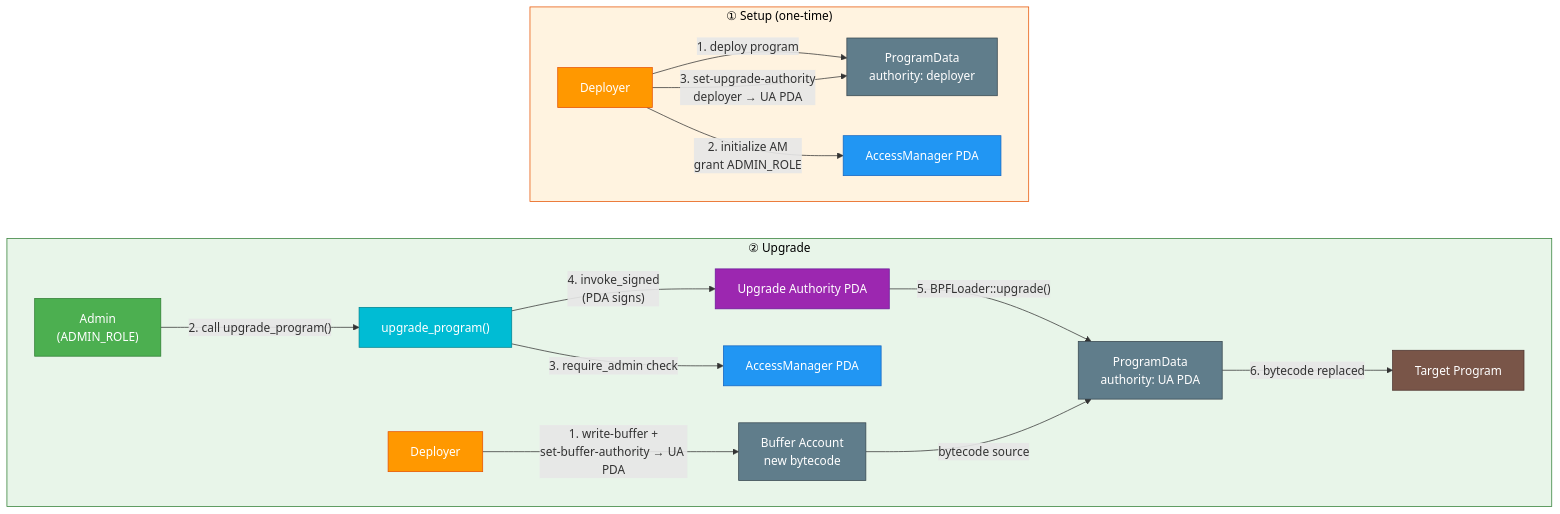
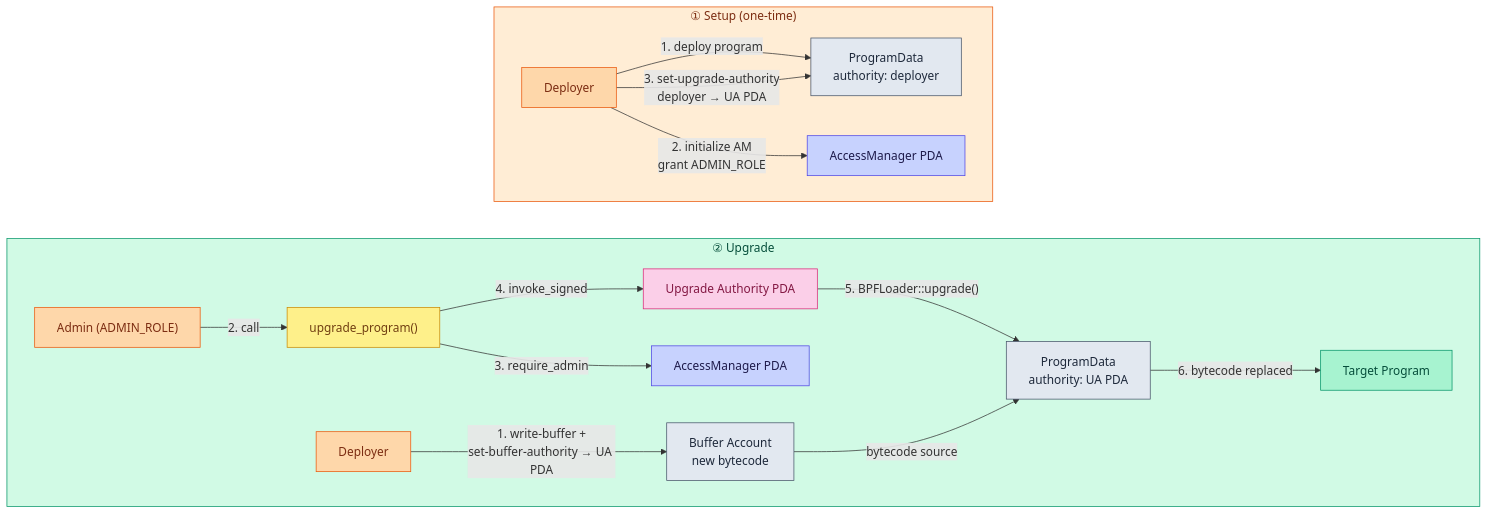
Before and after one commit to cosmos/solidity-ibc-eureka: the first of 4 diagrams in programs/solana/programs/access-manager/README.md, drawn with Mermaid. The commit also changed other lines of this file, not shown here.

First line of the commit message:
docs(solana/access-manager): restyle diagrams and note set_access_manager risk

````diff
--- a/programs/solana/programs/access-manager/README.md
+++ b/programs/solana/programs/access-manager/README.md
@@ -72,46 +72,50 @@
 ```mermaid
-graph TD
+graph TB
     subgraph setup["① Setup (one-time)"]
-        direction LR
-        Deployer["Deployer"]:::deployer
-        PD_S["ProgramData\nauthority: deployer"]:::bpf
-        AM_S["AccessManager PDA"]:::am
+        Deployer["Deployer"]
+        PD_S["ProgramData\nauthority: deployer"]
+        AM_S["AccessManager PDA"]
 
         Deployer -->|"1. deploy program"| PD_S
         Deployer -->|"2. initialize AM\ngrant ADMIN_ROLE"| AM_S
         Deployer -->|"3. set-upgrade-authority\ndeployer → UA PDA"| PD_S
     end
 
     subgraph upgrade["② Upgrade"]
-        direction LR
-        Deployer2["Deployer"]:::deployer
-        Admin["Admin\n(ADMIN_ROLE)"]:::admin
-        Buffer["Buffer Account\nnew bytecode"]:::bpf
-        UPIX["upgrade_program()"]:::ix
-        AM_U["AccessManager PDA"]:::am
-        UA_U["Upgrade Authority PDA"]:::pda
-        PD_U["ProgramData\nauthority: UA PDA"]:::bpf
-        Target["Target Program"]:::target
+        Deployer2["Deployer"]
+        Admin["Admin (ADMIN_ROLE)"]
+        Buffer["Buffer Account\nnew bytecode"]
+        UPIX["upgrade_program()"]
+        AM_U["AccessManager PDA"]
+        UA_U["Upgrade Authority PDA"]
+        PD_U["ProgramData\nauthority: UA PDA"]
+        Target["Target Program"]
 
         Deployer2 -->|"1. write-buffer +\nset-buffer-authority → UA PDA"| Buffer
-        Admin -->|"2. call upgrade_program()"| UPIX
-        UPIX -->|"3. require_admin check"| AM_U
-        UPIX -->|"4. invoke_signed\n(PDA signs)"| UA_U
+        Admin -->|"2. call"| UPIX
+        UPIX -->|"3. require_admin"| AM_U
+        UPIX -->|"4. invoke_signed"| UA_U
         UA_U -->|"5. BPFLoader::upgrade()"| PD_U
         Buffer -->|"bytecode source"| PD_U
         PD_U -->|"6. bytecode replaced"| Target
     end
 
     setup ~~~ upgrade
 
-    style setup fill:#FFF3E0,stroke:#E65100,color:#000
-    style upgrade fill:#E8F5E9,stroke:#2E7D32,color:#000
+    style setup fill:#ffedd5,stroke:#ea580c,color:#7c2d12
+    style upgrade fill:#d1fae5,stroke:#059669,color:#064e3b
 
-    classDef admin fill:#4CAF50,stroke:#2E7D32,color:#fff
-    classDef deployer fill:#FF9800,stroke:#E65100,color:#fff
-    classDef am fill:#2196F3,stroke:#1565C0,color:#fff
-    classDef pda fill:#9C27B0,stroke:#6A1B9A,color:#fff
-    classDef ix fill:#00BCD4,stroke:#00838F,color:#fff
-    classDef bpf fill:#607D8B,stroke:#37474F,color:#fff
-    classDef target fill:#795548,stroke:#4E342E,color:#fff
+    classDef actor fill:#fed7aa,stroke:#ea580c,color:#7c2d12
+    classDef am fill:#c7d2fe,stroke:#4f46e5,color:#1e1b4b
+    classDef pda fill:#fbcfe8,stroke:#db2777,color:#831843
+    classDef ix fill:#fef08a,stroke:#ca8a04,color:#713f12
+    classDef bpf fill:#e2e8f0,stroke:#475569,color:#1e293b
+    classDef target fill:#a7f3d0,stroke:#059669,color:#064e3b
+
+    class Deployer,Deployer2,Admin actor
+    class AM_S,AM_U am
+    class UA_U pda
+    class UPIX ix
+    class PD_S,PD_U,Buffer bpf
+    class Target target
 ```
````
